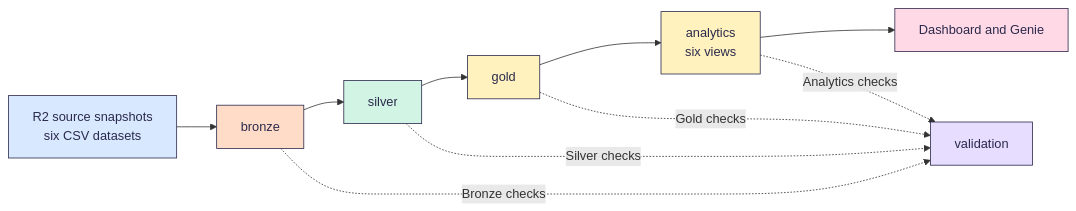
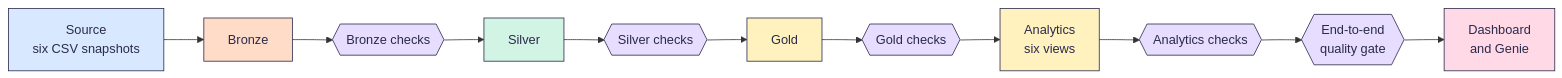
Before and after one commit to Buildabida/infra-project-monitoring: the diagram in README.md, drawn with Mermaid. The commit also changed other lines of this file and 14 other files, not shown here.

````diff
--- a/README.md
+++ b/README.md
@@ -56,18 +62,14 @@
 ```mermaid
 flowchart LR
-    S["R2 source snapshots<br>six CSV datasets"]:::src --> B["bronze"]:::bronze
-    B --> SV["silver"]:::silver
-    SV --> G["gold"]:::gold
-    G --> A["analytics<br>six views"]:::gold
-    A --> D["Dashboard and Genie"]:::dash
-    B -. "Bronze checks" .-> V["validation"]:::val
-    SV -. "Silver checks" .-> V
-    G -. "Gold checks" .-> V
-    A -. "Analytics checks" .-> V
+    S["Source<br>six CSV snapshots"]:::src --> B["Bronze"]:::bronze --> BV{{"Bronze checks"}}:::val
+    BV --> SV["Silver"]:::silver --> SVV{{"Silver checks"}}:::val
+    SVV --> G["Gold"]:::gold --> GV{{"Gold checks"}}:::val
+    GV --> A["Analytics<br>six views"]:::gold --> AV{{"Analytics checks"}}:::val
+    AV --> Q{{"End-to-end<br>quality gate"}}:::val --> D["Dashboard<br>and Genie"]:::dash
     classDef src fill:#D7E8FF,stroke:#2B2A4C,color:#2B2A4C
     classDef bronze fill:#FFDCC8,stroke:#2B2A4C,color:#2B2A4C
     classDef silver fill:#D2F4E4,stroke:#2B2A4C,color:#2B2A4C
     classDef gold fill:#FFF2BF,stroke:#2B2A4C,color:#2B2A4C
     classDef val fill:#E6DDFF,stroke:#2B2A4C,color:#2B2A4C
     classDef dash fill:#FFD9E6,stroke:#2B2A4C,color:#2B2A4C
 ```
````
